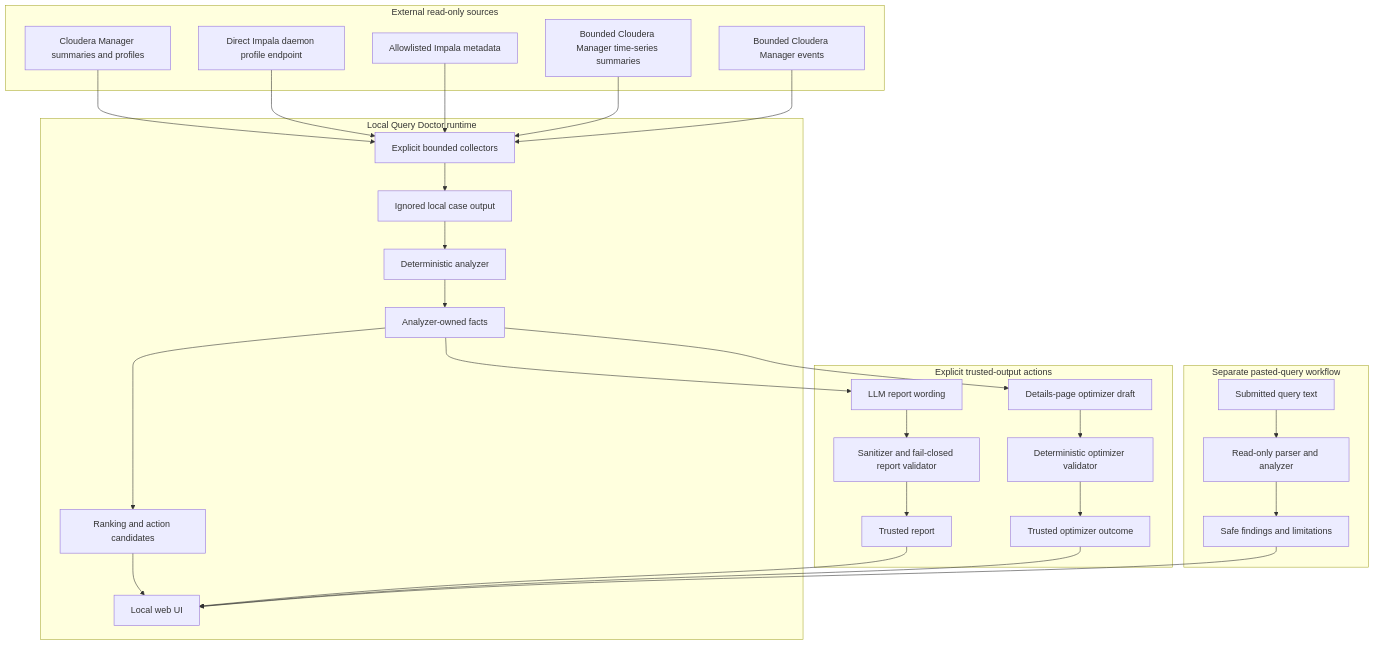
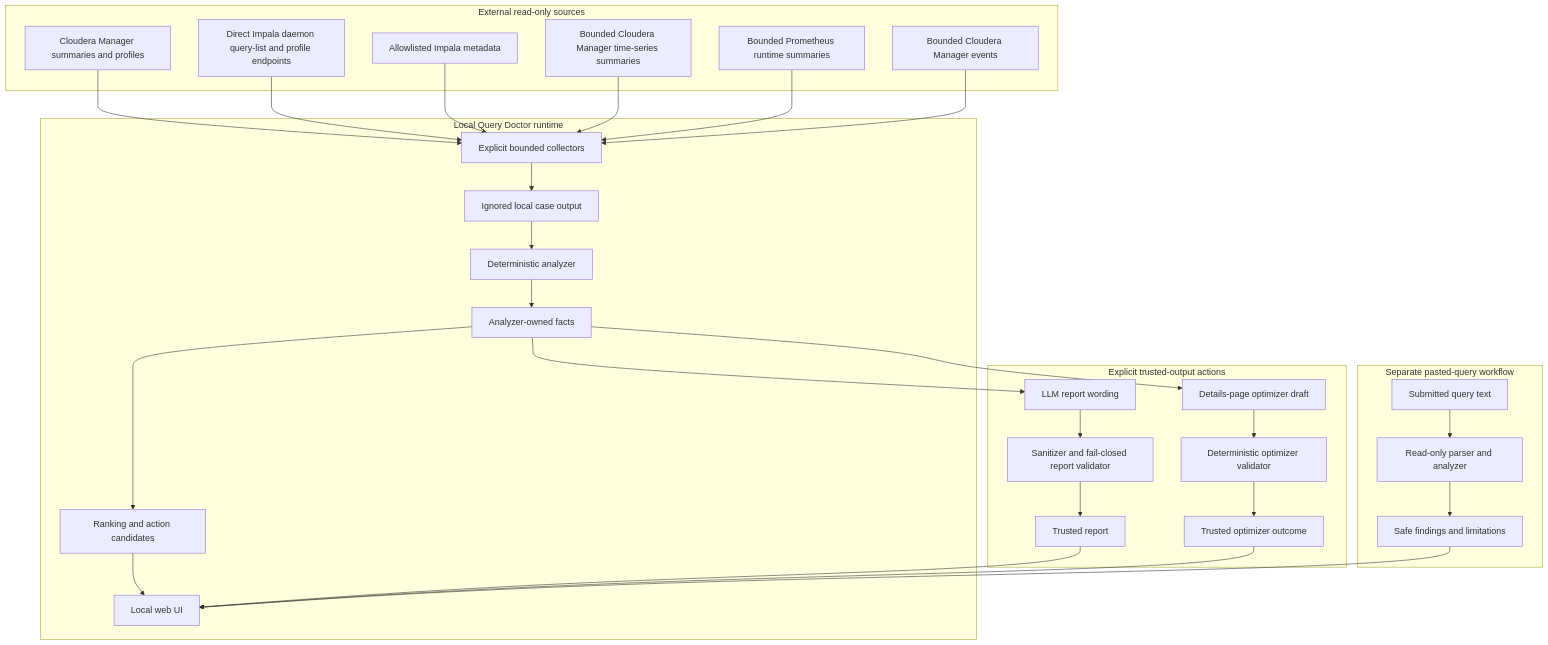
One commit to alexandrefimov/Query-Doctor changed the first of 3 diagrams in docs/architecture.md. Above: the diagram before and after it, drawn with Mermaid. The commit also changed other lines of this file and 14 other files, not shown here.

````diff
--- a/docs/architecture.md
+++ b/docs/architecture.md
@@ -14,56 +14,58 @@
 ```mermaid
 flowchart TD
     subgraph External["External read-only sources"]
         CM[Cloudera Manager summaries and profiles]
-        ImpalaDaemon[Direct Impala daemon profile endpoint]
+        ImpalaDaemon[Direct Impala daemon query-list and profile endpoints]
         ImpalaMeta[Allowlisted Impala metadata]
         CMMetrics[Bounded Cloudera Manager time-series summaries]
+        PromMetrics[Bounded Prometheus runtime summaries]
         CMEvents[Bounded Cloudera Manager events]
     end
 
     subgraph Local["Local Query Doctor runtime"]
         Collector[Explicit bounded collectors]
         CaseStore[Ignored local case output]
         Analyzer[Deterministic analyzer]
         Facts[Analyzer-owned facts]
         Ranking[Ranking and action candidates]
         WebUI[Local web UI]
     end
 
     subgraph Trust["Explicit trusted-output actions"]
         ReportWriter[LLM report wording]
         ReportValidator[Sanitizer and fail-closed report validator]
         TrustedReport[Trusted report]
         OptimizerDraft[Details-page optimizer draft]
         OptimizerValidator[Deterministic optimizer validator]
         TrustedOptimizer[Trusted optimizer outcome]
     end
 
     subgraph Pasted["Separate pasted-query workflow"]
         PastedInput[Submitted query text]
         QueryParser[Read-only parser and analyzer]
         QueryFindings[Safe findings and limitations]
     end
 
     CM --> Collector
     ImpalaDaemon --> Collector
     ImpalaMeta --> Collector
     CMMetrics --> Collector
+    PromMetrics --> Collector
     CMEvents --> Collector
     Collector --> CaseStore
     CaseStore --> Analyzer
     Analyzer --> Facts
     Facts --> Ranking
     Ranking --> WebUI
     Facts --> ReportWriter
     ReportWriter --> ReportValidator
     ReportValidator --> TrustedReport
     TrustedReport --> WebUI
     Facts --> OptimizerDraft
     OptimizerDraft --> OptimizerValidator
     OptimizerValidator --> TrustedOptimizer
     TrustedOptimizer --> WebUI
     PastedInput --> QueryParser
     QueryParser --> QueryFindings
     QueryFindings --> WebUI
 ```
````
